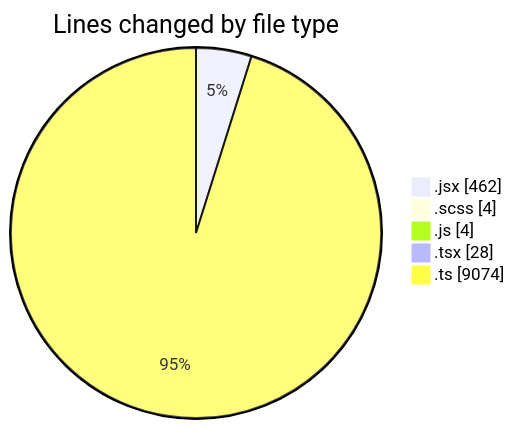
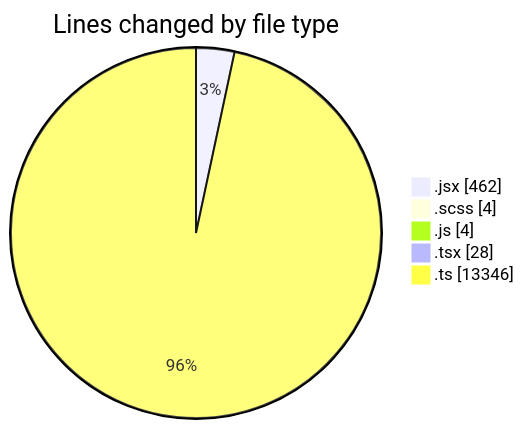
One commit to momahboobian/code-tracking changed the first of 2 diagrams in 2025-06-04/cda/README.md. Above: the diagram before and after it, drawn with Mermaid. The commit also changed other lines of this file and 1 other file, not shown here.

````diff
--- a/2025-06-04/cda/README.md
+++ b/2025-06-04/cda/README.md
@@ -25,9 +25,9 @@
 ```mermaid
 pie showData
 title Lines changed by file type
 ".jsx" : 462
 ".scss" : 4
 ".js" : 4
 ".tsx" : 28
-".ts" : 9074
+".ts" : 13346
 ```
````
